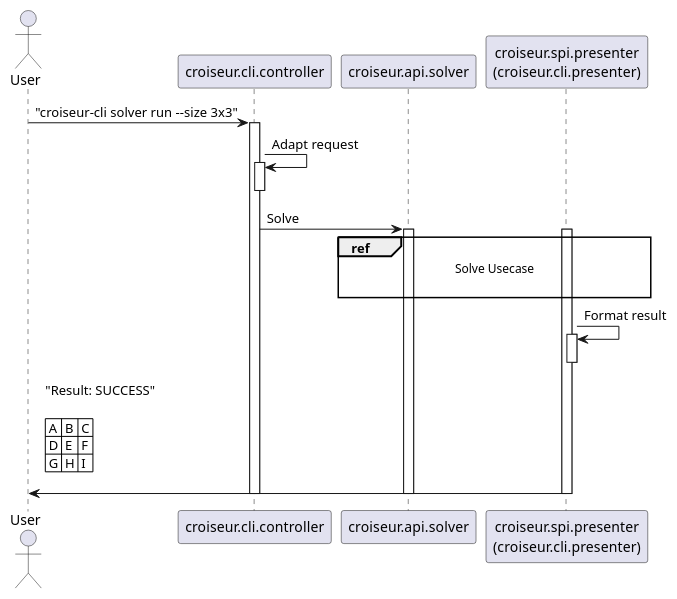
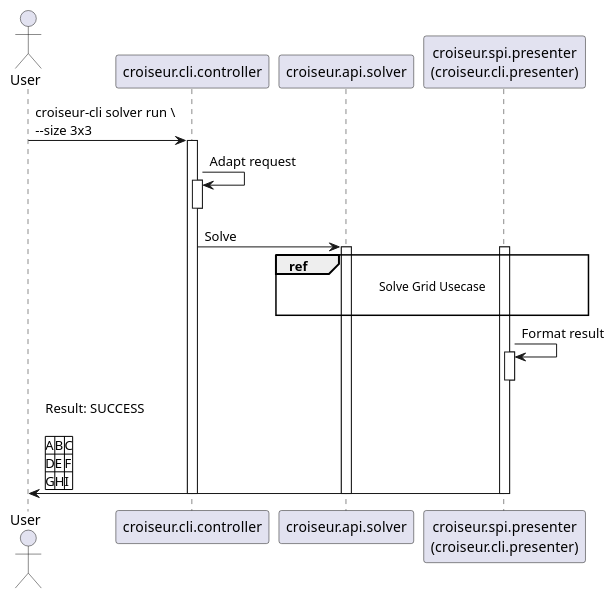
Before and after one commit to super7ramp/croiseur: the fifth of 6 diagrams in doc/reference/Examples-of-execution.md, drawn with PlantUML. The commit also changed other lines of this file and 4 other files, not shown here.

First line of the commit message:
doc: Add more sequence diagrams

````diff
--- a/doc/reference/Examples-of-execution.md
+++ b/doc/reference/Examples-of-execution.md
@@ -69,27 +236,32 @@
 ```plantuml
 skinparam responseMessageBelowArrow true
 
 actor User
 participant croiseur.cli.controller
 participant croiseur.api.solver
 participant "croiseur.spi.presenter\n(croiseur.cli.presenter)" as croiseur.spi.presenter
 
-User -> croiseur.cli.controller : "croiseur-cli solver run --size 3x3"
+User -> croiseur.cli.controller : croiseur-cli solver run \\\n--size 3x3
 activate croiseur.cli.controller
 croiseur.cli.controller -> croiseur.cli.controller : Adapt request
 activate croiseur.cli.controller
 deactivate croiseur.cli.controller
 croiseur.cli.controller -> croiseur.api.solver : Solve
 
 activate croiseur.api.solver
 activate croiseur.spi.presenter
-ref over croiseur.api.solver, croiseur.spi.presenter : Solve Usecase\n
+ref over croiseur.api.solver, croiseur.spi.presenter : Solve Grid Usecase\n
 croiseur.spi.presenter -> croiseur.spi.presenter : Format result
 activate croiseur.spi.presenter
 deactivate croiseur.spi.presenter
 
-croiseur.spi.presenter -> User : "Result: SUCCESS"\n\n| A | B | C |\n| D | E | F |\n| G | H | I |\n
+croiseur.spi.presenter -> User : \
+Result: SUCCESS\n\n\
+|A|B|C|\n\
+|D|E|F|\n\
+|G|H|I|
+
 deactivate croiseur.spi.presenter
 deactivate croiseur.api.solver
 deactivate croiseur.cli.controller
 ```
````
